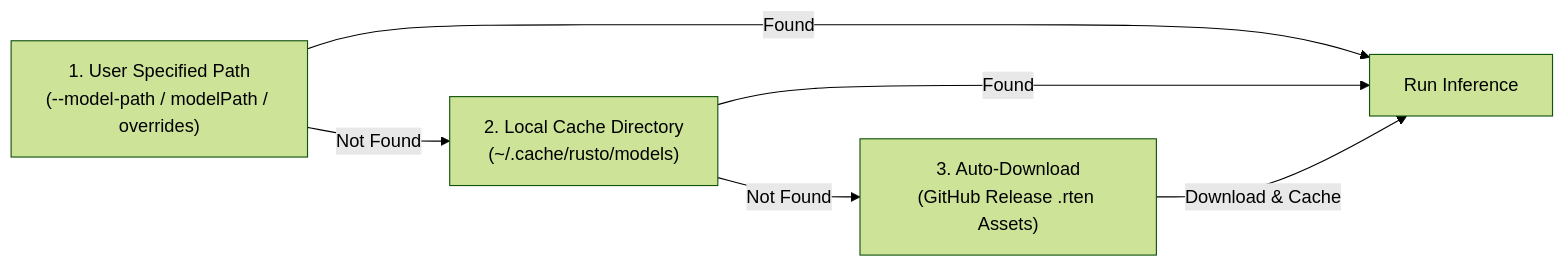
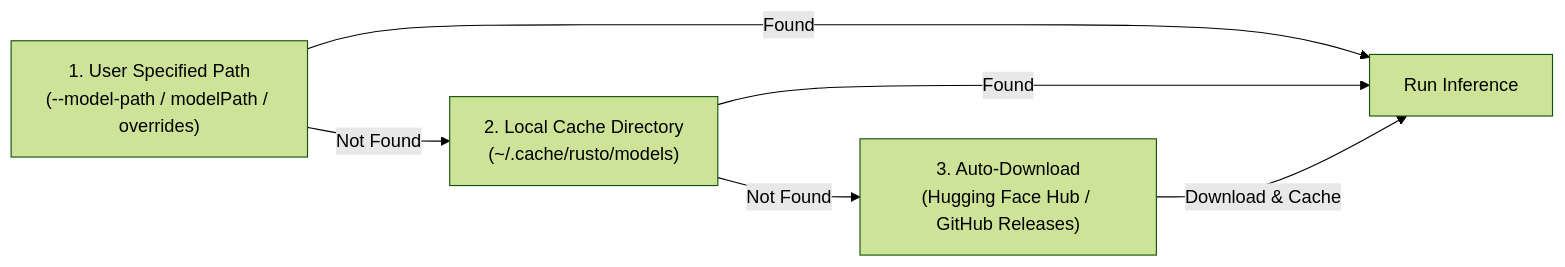
The second of 2 diagrams in docs/content/en/03.advance-guide/01.models-and-tiers.md (byrizki/rusto-rs), drawn with Mermaid (forest theme) before and after one commit. The commit also changed other lines of this file and 193 other files, not shown here.

````diff
--- a/docs/content/en/03.advance-guide/01.models-and-tiers.md
+++ b/docs/content/en/03.advance-guide/01.models-and-tiers.md
@@ -77,8 +77,8 @@
 ```mermaid
 flowchart LR
     A["1. User Specified Path<br/>(--model-path / modelPath / overrides)"] -->|Found| RUN["Run Inference"]
     A -->|Not Found| B["2. Local Cache Directory<br/>(~/.cache/rusto/models)"]
     B -->|Found| RUN
-    B -->|Not Found| C["3. Auto-Download<br/>(GitHub Release .rten Assets)"]
+    B -->|Not Found| C["3. Auto-Download<br/>(Hugging Face Hub / GitHub Releases)"]
     C -->|Download & Cache| RUN
 ```
````
